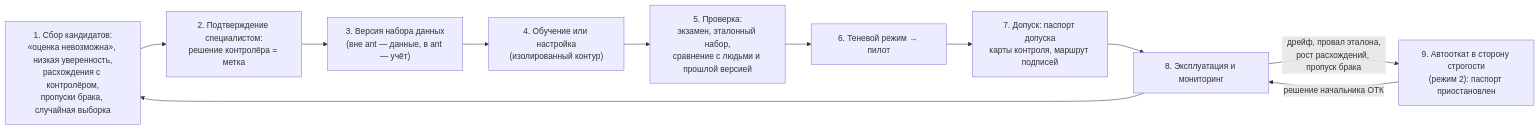
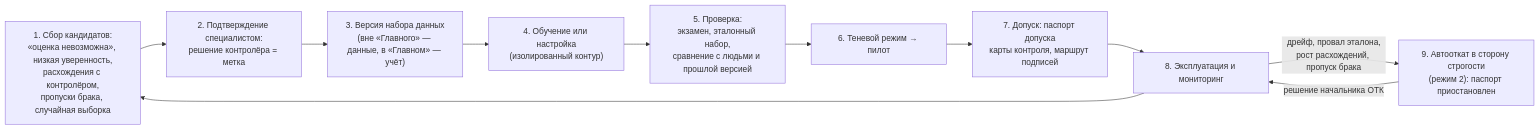
Before and after one commit to lehard/cosmos_hack: the second of 2 diagrams in docs/vision-camera-project.md, drawn with Mermaid. The commit also changed other lines of this file and 12 other files, not shown here.

Commit message:
Эпик 47: путеводитель для проверяющих по критериям О1–О9, Т1–Т7; README с запуском и входом; имя «Главный» в документах; ссылки на путеводитель и руководства из docs/README.md и architecture.md

````diff
--- a/docs/vision-camera-project.md
+++ b/docs/vision-camera-project.md
@@ -594,13 +594,13 @@
 ```mermaid
 flowchart LR
   A["1. Сбор кандидатов:<br/>«оценка невозможна», низкая уверенность,<br/>расхождения с контролёром,<br/>пропуски брака, случайная выборка"] --> B["2. Подтверждение специалистом:<br/>решение контролёра = метка"]
-  B --> C["3. Версия набора данных<br/>(вне ant — данные, в ant — учёт)"]
+  B --> C["3. Версия набора данных<br/>(вне «Главного» — данные, в «Главном» — учёт)"]
   C --> D["4. Обучение или настройка<br/>(изолированный контур)"]
   D --> E["5. Проверка:<br/>экзамен, эталонный набор,<br/>сравнение с людьми и прошлой версией"]
   E --> F["6. Теневой режим → пилот"]
   F --> G["7. Допуск: паспорт допуска<br/>карты контроля, маршрут подписей"]
   G --> H["8. Эксплуатация и мониторинг"]
   H -->|"дрейф, провал эталона,<br/>рост расхождений, пропуск брака"| I["9. Автооткат в сторону строгости<br/>(режим 2): паспорт приостановлен"]
   I -->|"решение начальника ОТК"| H
   H --> A
 ```
````
